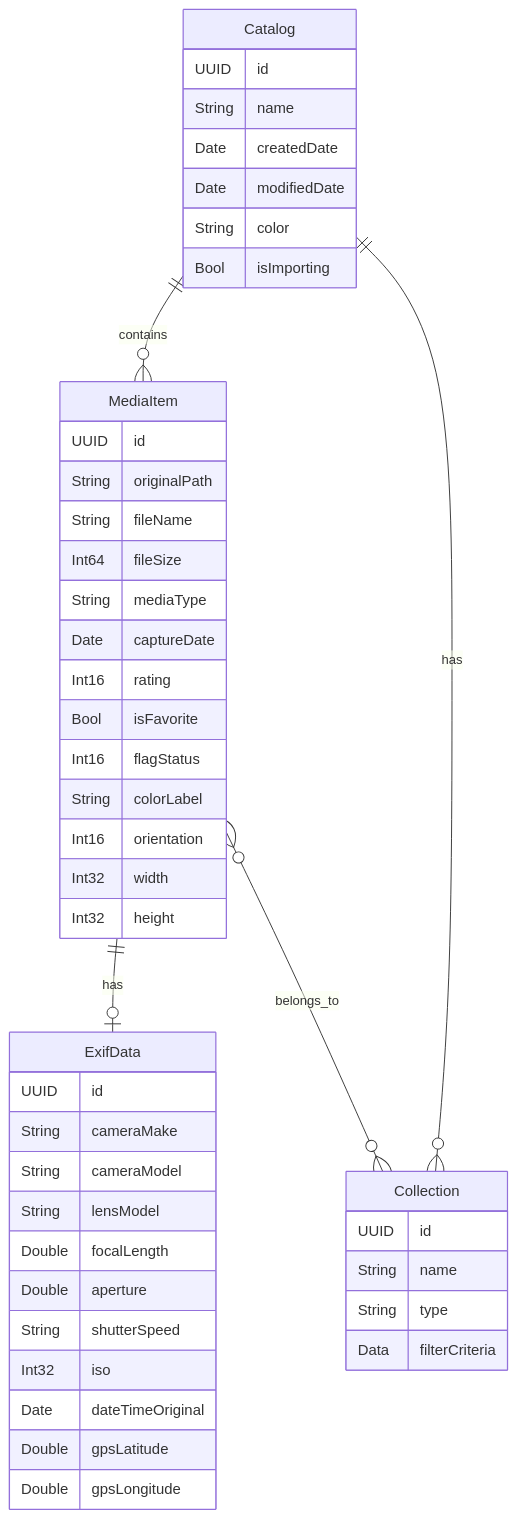
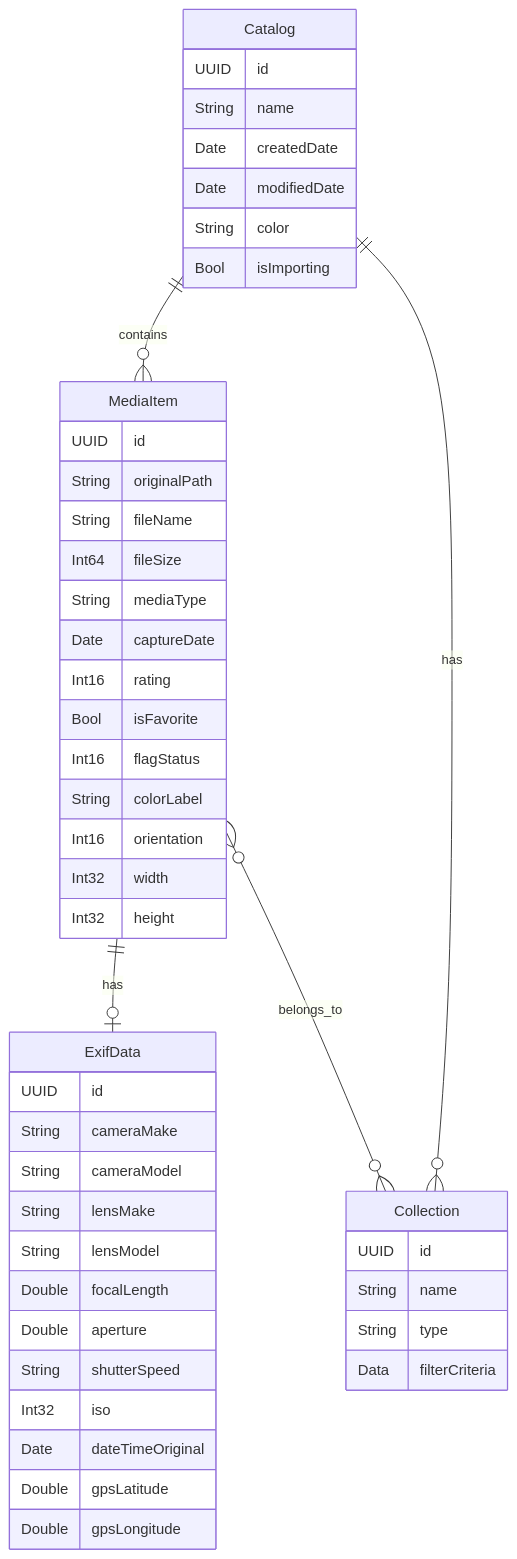
The second of 3 diagrams in Specifications.md (uniuyuni/SwiftViewer), drawn with Mermaid before and after one commit. The commit also changed other lines of this file and 1 other file, not shown here.

````diff
--- a/Specifications.md
+++ b/Specifications.md
@@ -143,53 +169,54 @@
 ```mermaid
 erDiagram
     Catalog ||--o{ MediaItem : contains
     Catalog ||--o{ Collection : has
     MediaItem ||--o| ExifData : has
     MediaItem }o--o{ Collection : belongs_to
     
     Catalog {
         UUID id
         String name
         Date createdDate
         Date modifiedDate
         String color
         Bool isImporting
     }
     
     MediaItem {
         UUID id
         String originalPath
         String fileName
         Int64 fileSize
         String mediaType
         Date captureDate
         Int16 rating
         Bool isFavorite
         Int16 flagStatus
         String colorLabel
         Int16 orientation
         Int32 width
         Int32 height
     }
     
     ExifData {
         UUID id
         String cameraMake
         String cameraModel
+        String lensMake
         String lensModel
         Double focalLength
         Double aperture
         String shutterSpeed
         Int32 iso
         Date dateTimeOriginal
         Double gpsLatitude
         Double gpsLongitude
     }
     
     Collection {
         UUID id
         String name
         String type
         Data filterCriteria
     }
 ```
````
